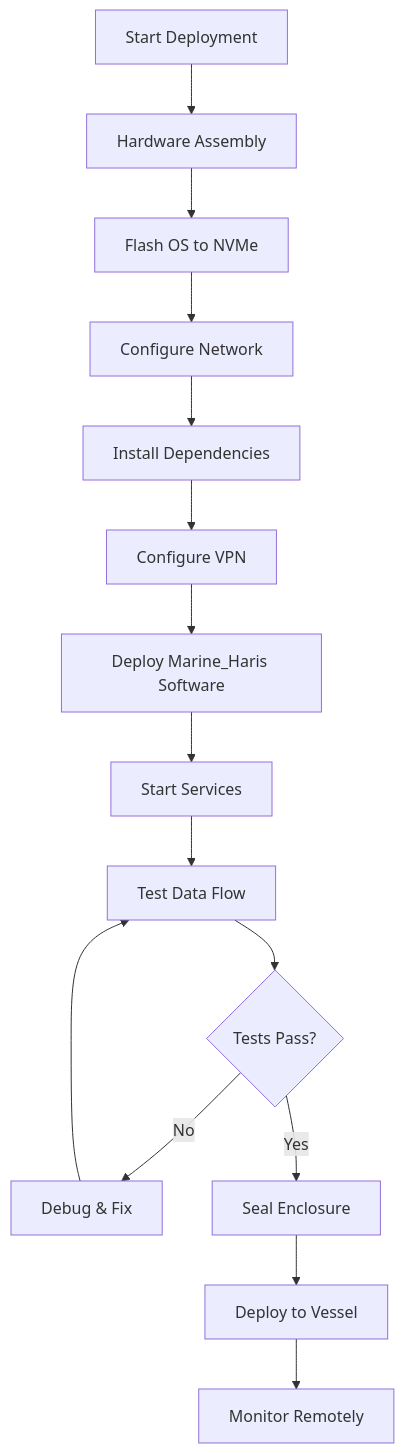
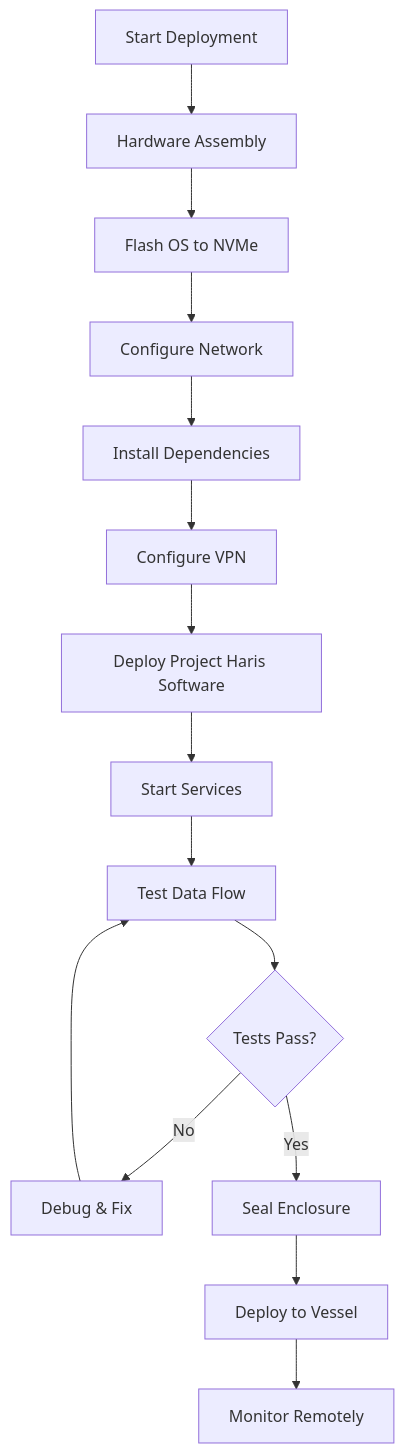
One commit to project-haris/marine-haris changed the second of 2 diagrams in README.md. Above: the diagram before and after it, drawn with Mermaid. The commit also changed other lines of this file and 27 other files, not shown here.

````diff
--- a/README.md
+++ b/README.md
@@ -98,17 +98,17 @@
 ```mermaid
 flowchart TD
     A[Start Deployment] --> B[Hardware Assembly]
     B --> C[Flash OS to NVMe]
     C --> D[Configure Network]
     D --> E[Install Dependencies]
     E --> F[Configure VPN]
-    F --> G[Deploy Marine_Haris Software]
+    F --> G[Deploy Project Haris Software]
     G --> H[Start Services]
     H --> I[Test Data Flow]
     I --> J{Tests Pass?}
     J -- No --> K[Debug & Fix]
     K --> I
     J -- Yes --> L[Seal Enclosure]
     L --> M[Deploy to Vessel]
     M --> N[Monitor Remotely]
 ```
````
